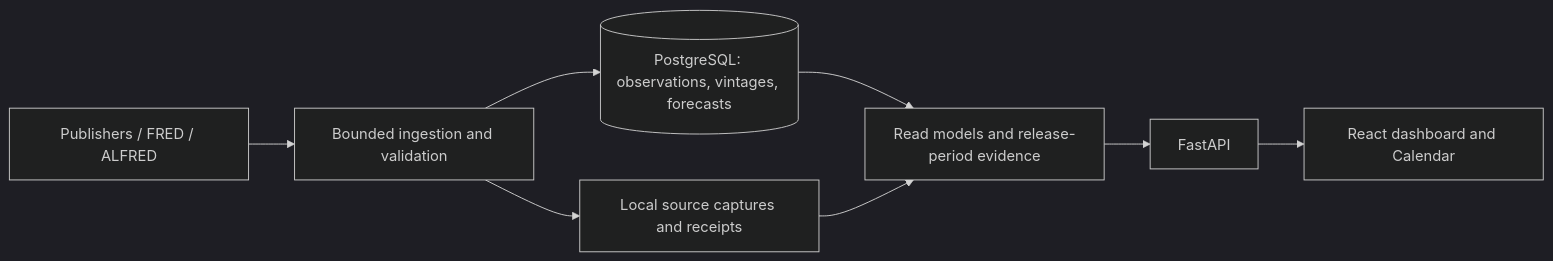
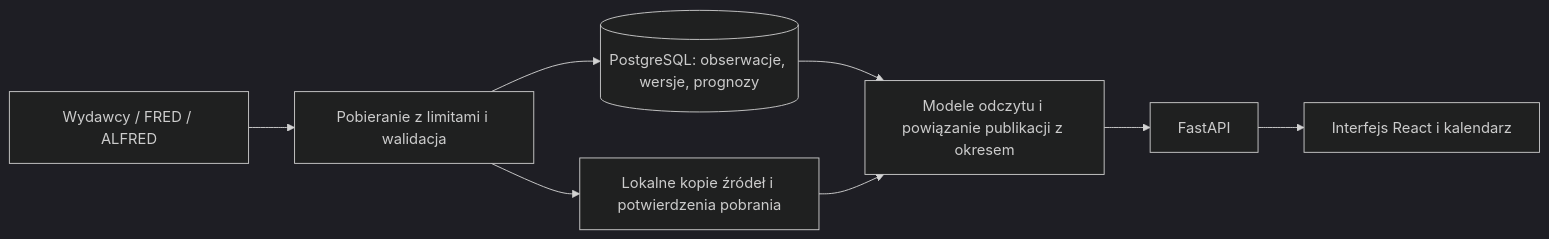
The diagram in README.md (pecakxkamil/macrolens), drawn with Mermaid (dark theme) before and after one commit. The commit also changed other lines of this file and 1 other file, not shown here.

Commit message:
Translate portfolio README into Polish and add development roadmap

````diff
--- a/README.md
+++ b/README.md
@@ -57,10 +64,10 @@
 ```mermaid
 flowchart LR
-    S[Publishers / FRED / ALFRED] --> I[Bounded ingestion and validation]
-    I --> D[(PostgreSQL: observations, vintages, forecasts)]
-    I --> R[Local source captures and receipts]
-    D --> P[Read models and release-period evidence]
+    S["Wydawcy / FRED / ALFRED"] --> I["Pobieranie z limitami i walidacja"]
+    I --> D[("PostgreSQL: obserwacje, wersje, prognozy")]
+    I --> R["Lokalne kopie źródeł i potwierdzenia pobrania"]
+    D --> P["Modele odczytu i powiązanie publikacji z okresem"]
     R --> P
     P --> A[FastAPI]
-    A --> U[React dashboard and Calendar]
+    A --> U["Interfejs React i kalendarz"]
 ```
````
